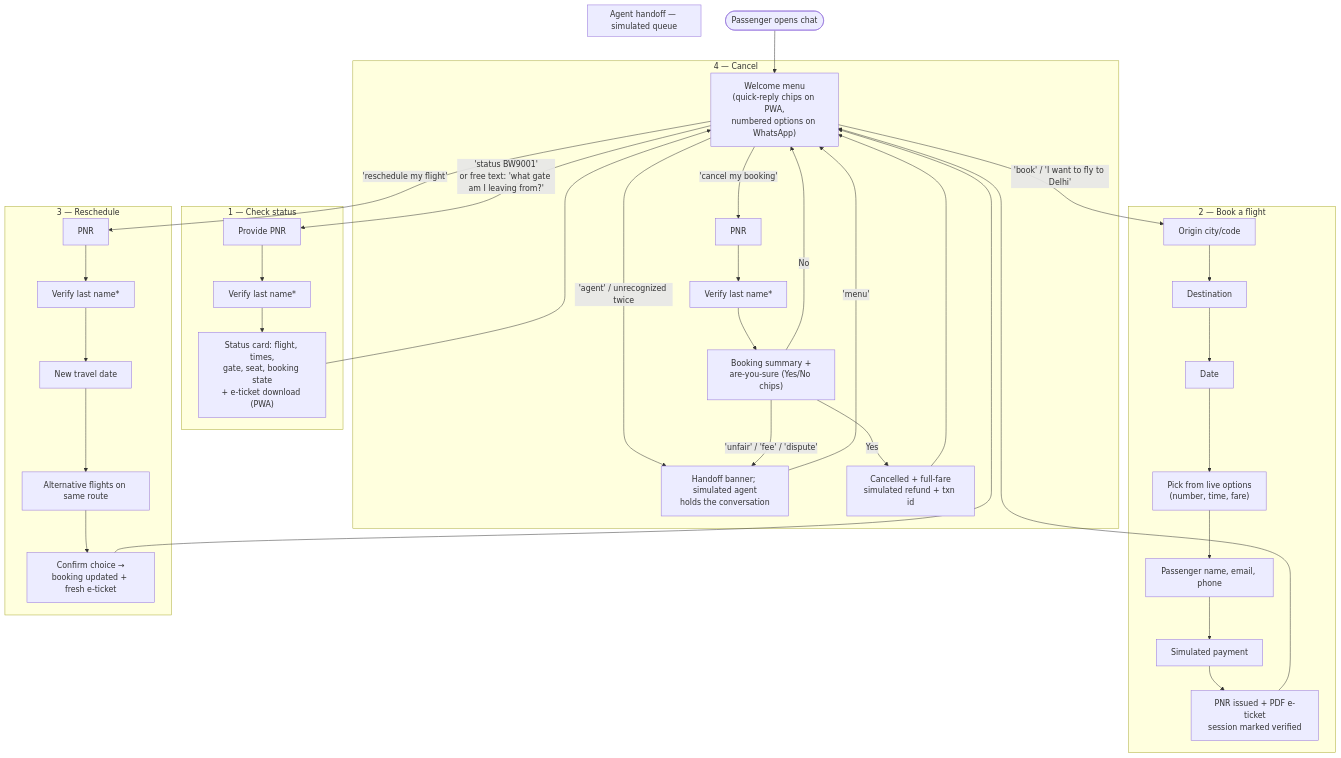
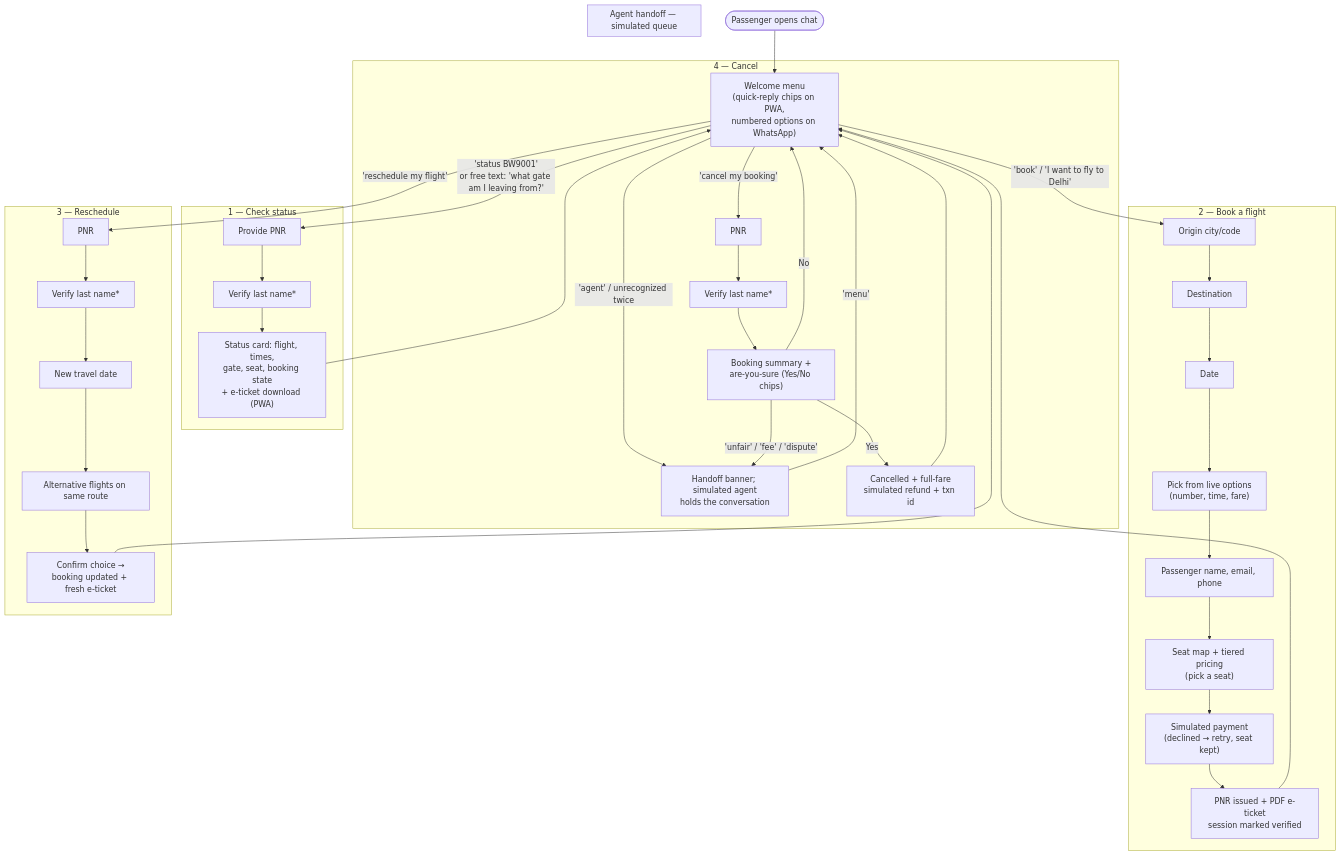
The diagram in docs/customer-journey.md (Rajani-Meet/BlueWings), drawn with Mermaid before and after one commit. The commit also changed other lines of this file and 17 other files, not shown here.

````diff
--- a/docs/customer-journey.md
+++ b/docs/customer-journey.md
@@ -10,45 +10,46 @@
 ```mermaid
 flowchart TD
     START([Passenger opens chat]) --> MENU["Welcome menu<br/>(quick-reply chips on PWA,<br/>numbered options on WhatsApp)"]
 
     MENU -->|"'status BW9001'<br/>or free text: 'what gate am I leaving from?'"| S1
     MENU -->|"'book' / 'I want to fly to Delhi'"| B1
     MENU -->|"'reschedule my flight'"| R1
     MENU -->|"'cancel my booking'"| C1
     MENU -->|"'agent' / unrecognized twice"| A1
 
     subgraph FLOW1 [1 — Check status]
         S1[Provide PNR] --> S2[Verify last name*]
         S2 --> S3["Status card: flight, times,<br/>gate, seat, booking state<br/>+ e-ticket download (PWA)"]
     end
 
     subgraph FLOW2 [2 — Book a flight]
         B1[Origin city/code] --> B2[Destination] --> B3[Date]
         B3 --> B4["Pick from live options<br/>(number, time, fare)"]
         B4 --> B5[Passenger name, email, phone]
-        B5 --> B6["Simulated payment"]
-        B6 --> B7["PNR issued + PDF e-ticket<br/>session marked verified"]
+        B5 --> B6["Seat map + tiered pricing<br/>(pick a seat)"]
+        B6 --> B7["Simulated payment<br/>(declined → retry, seat kept)"]
+        B7 --> B8["PNR issued + PDF e-ticket<br/>session marked verified"]
     end
 
     subgraph FLOW3 [3 — Reschedule]
         R1[PNR] --> R2[Verify last name*] --> R3[New travel date]
         R3 --> R4[Alternative flights on same route]
         R4 --> R5["Confirm choice →<br/>booking updated + fresh e-ticket"]
     end
 
     subgraph FLOW4 [4 — Cancel]
         C1[PNR] --> C2[Verify last name*] --> C3["Booking summary +<br/>are-you-sure (Yes/No chips)"]
         C3 -->|Yes| C4["Cancelled + full-fare<br/>simulated refund + txn id"]
         C3 -->|No| MENU
         C3 -->|"'unfair' / 'fee' / 'dispute'"| A1
     end
 
     subgraph AGENT [Agent handoff — simulated queue]
         A1["Handoff banner; simulated agent<br/>holds the conversation"] -->|"'menu'"| MENU
     end
 
     S3 --> MENU
-    B7 --> MENU
+    B8 --> MENU
     R5 --> MENU
     C4 --> MENU
 ```
````
